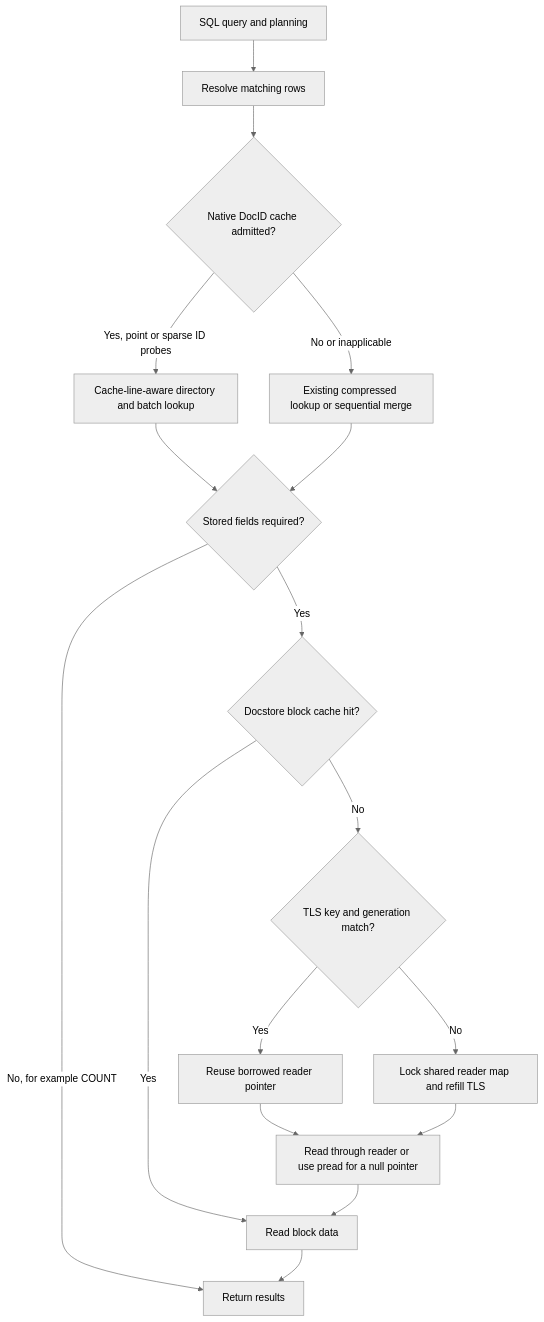
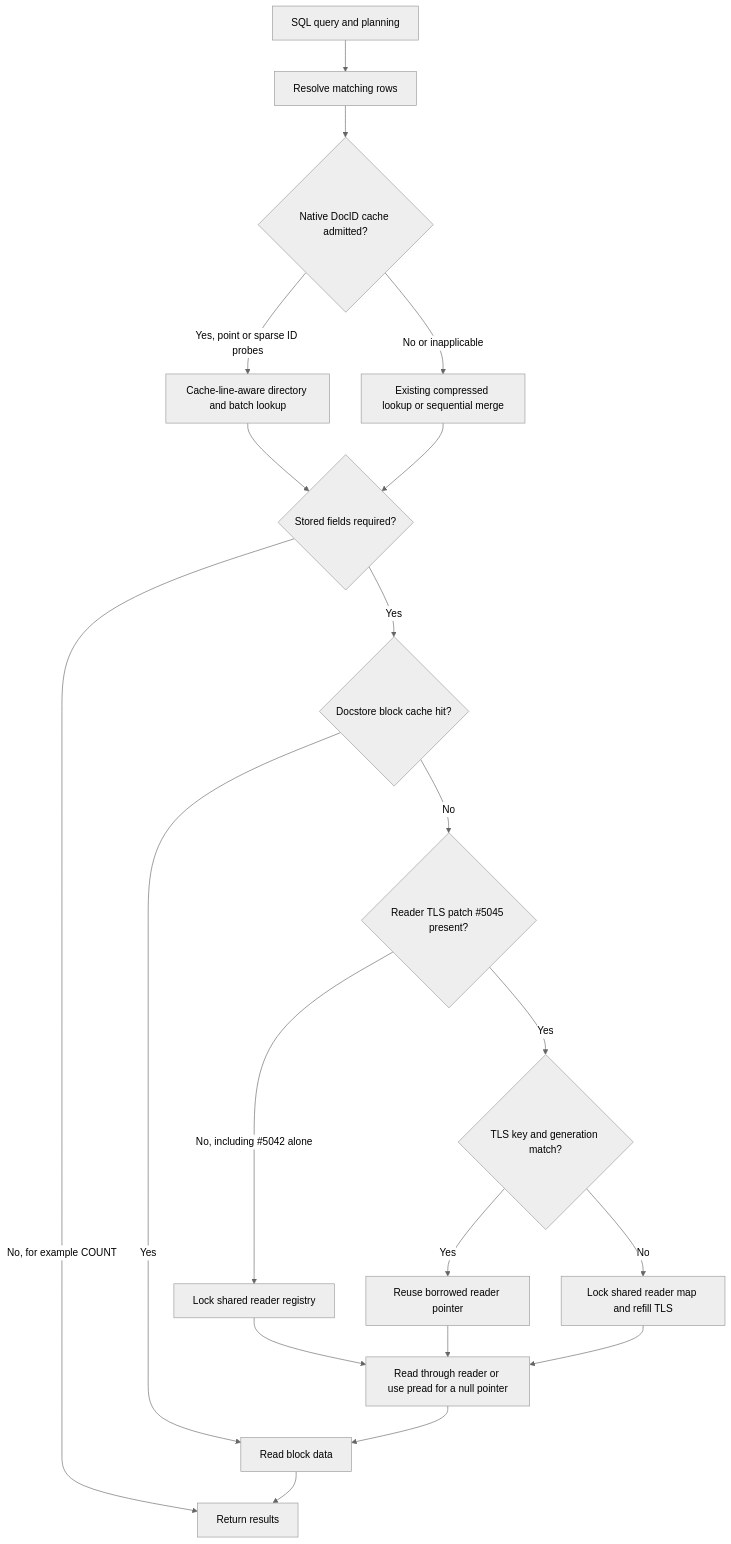
One commit to orca-zhang/manticoresearch changed the diagram in review/docid-tls/DESIGN_NOTES.md. Above: the diagram before and after it, drawn with Mermaid (neutral theme). The commit also changed other lines of this file and 202 other files, not shown here.

Commit message:
docs: publish no-TLS block-cache benchmarks, charts and CI repair evidence

````diff
--- a/review/docid-tls/DESIGN_NOTES.md
+++ b/review/docid-tls/DESIGN_NOTES.md
@@ -8,19 +11,22 @@
 ```mermaid
 flowchart TD
     Q[SQL query and planning] --> ID[Resolve matching rows]
     ID --> A{Native DocID cache admitted?}
     A -->|Yes, point or sparse ID probes| AC[Cache-line-aware directory and batch lookup]
     A -->|No or inapplicable| OLD[Existing compressed lookup or sequential merge]
     AC --> F{Stored fields required?}
     OLD --> F
     F -->|No, for example COUNT| R[Return results]
     F -->|Yes| BC{Docstore block cache hit?}
     BC -->|Yes| DATA[Read block data]
-    BC -->|No| TLS{TLS key and generation match?}
+    BC -->|No| ENABLED{Reader TLS patch #5045 present?}
+    ENABLED -->|No, including #5042 alone| LOCKED[Lock shared reader registry]
+    LOCKED --> IO
+    ENABLED -->|Yes| TLS{TLS key and generation match?}
     TLS -->|Yes| BORROW[Reuse borrowed reader pointer]
     TLS -->|No| MAP[Lock shared reader map and refill TLS]
     BORROW --> IO[Read through reader or use pread for a null pointer]
     MAP --> IO
     IO --> DATA
     DATA --> R
 ```
````
